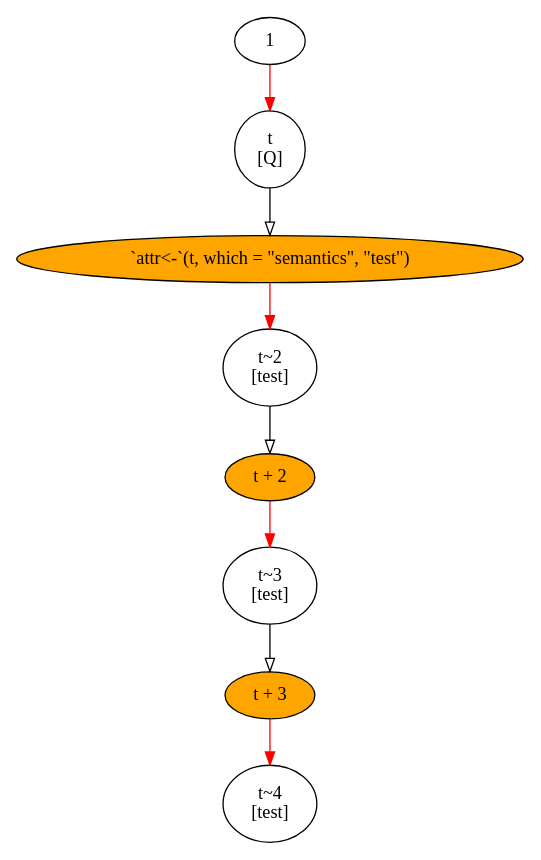
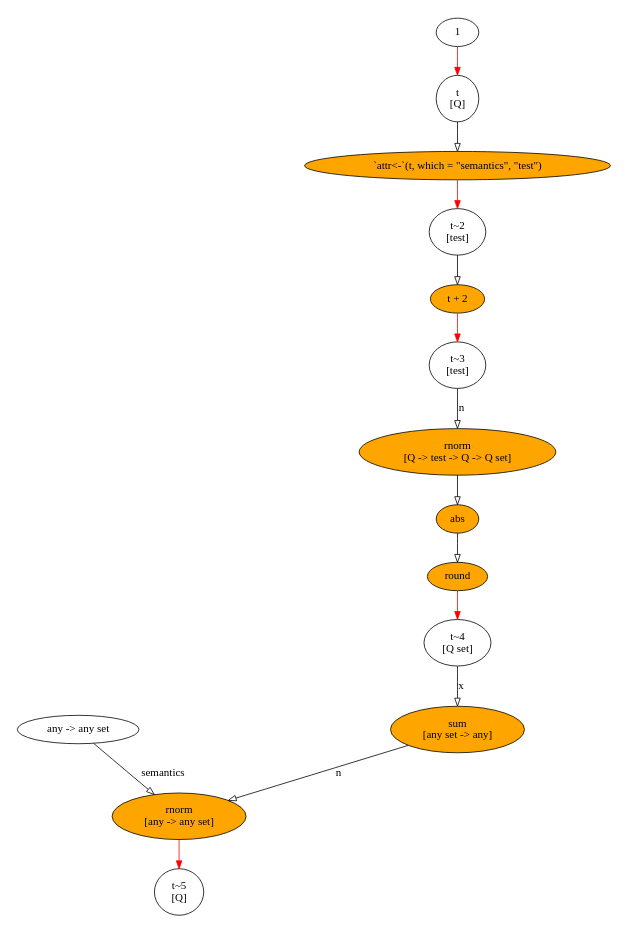
Before and after one commit to MatthiasHinz/AlgebR: the diagram in output/miniexample.dot, drawn with Graphviz. The commit also changed 5 other files, not shown here.

```diff
--- a/output/miniexample.dot
+++ b/output/miniexample.dot
@@ -1,21 +1,33 @@
 digraph f {
-	graph [bgcolor=transparent, fontcolor=black, ratio=fill, splines=TRUE, rank=same, size="7.58333333333333,5.17708333333333", rankdir=TB];
+	graph [bgcolor=transparent, fontcolor=black, ratio=fill, splines=TRUE, rank=same, size="5.83333333333333,5.52083333333333", rankdir=TB];
 	node [label="\N", shape=ellipse, fixedsize=FALSE, fillcolor=white, style=filled, color=black, fontcolor=black, fontsize=14, height="0.5", width="0.75"];
 	edge [headport=center, style=solid, arrowhead=normal, color=black, dir=none, weight="1.0", fontcolor=black, arrowtail=none, fontsize=14, labelfontsize=11, arrowsize=1, minlen=1];
-	graph [bb="0,0,930.98,636"];
-	t [label="t \n[Q]", height="0.8171", pos="465.49,534"];
-	lt_rNxDDq [label=1, pos="465.49,618"];
-	"t~2" [label="t~2 \n[test]", height="0.8171", width="0.87016", pos="465.49,366"];
-	fcall_LJe4bf [label="`attr<-`(t, which = \"semantics\", \"test\")", fillcolor=orange, width="4.4012", pos="465.49,450"];
-	"t~3" [label="t~3 \n[test]", height="0.8171", width="0.87016", pos="465.49,198"];
-	fcall_TQnWHx [label="t + 2", fillcolor=orange, width="0.7892", pos="465.49,282"];
-	"t~4" [label="t~4 \n[test]", height="0.8171", width="0.87016", pos="465.49,30"];
-	fcall_2DBbb5 [label="t + 3", fillcolor=orange, width="0.7892", pos="465.49,114"];
-	t -> fcall_LJe4bf:center [arrowhead=onormal, dir=forward, weight=1, pos="e,465.49,468.31 465.49,504.32 465.49,495.88 465.49,486.67 465.49,478.31"];
-	lt_rNxDDq -> t:center [color=red, dir=forward, weight=1, pos="e,465.49,563.66 465.49,599.61 465.49,592.03 465.49,582.81 465.49,573.74"];
-	"t~2" -> fcall_TQnWHx:center [arrowhead=onormal, dir=forward, weight=1, pos="e,465.49,300.31 465.49,336.32 465.49,327.88 465.49,318.67 465.49,310.31"];
-	fcall_LJe4bf -> "t~2":center [color=red, dir=forward, weight=1, pos="e,465.49,395.66 465.49,431.61 465.49,424.03 465.49,414.81 465.49,405.74"];
-	"t~3" -> fcall_2DBbb5:center [arrowhead=onormal, dir=forward, weight=1, pos="e,465.49,132.31 465.49,168.32 465.49,159.88 465.49,150.67 465.49,142.31"];
-	fcall_TQnWHx -> "t~3":center [color=red, dir=forward, weight=1, pos="e,465.49,227.66 465.49,263.61 465.49,256.03 465.49,246.81 465.49,237.74"];
-	fcall_2DBbb5 -> "t~4":center [color=red, dir=forward, weight=1, pos="e,465.49,59.658 465.49,95.61 465.49,88.027 465.49,78.809 465.49,69.74"];
+	graph [bb="0,0,1231.4,1164"];
+	t [label="t \n[Q]", height="0.8171", pos="719.64,1060"];
+	lt_1ZXul6 [label=1, pos="719.64,1146"];
+	"t~2" [label="t~2 \n[test]", height="0.8171", width="0.87016", pos="719.64,888"];
+	fcall_od5Qph [label="`attr<-`(t, which = \"semantics\", \"test\")", fillcolor=orange, width="4.4012", pos="719.64,974"];
+	"t~3" [label="t~3 \n[test]", height="0.8171", width="0.87016", pos="719.64,716"];
+	fcall_wN44rE [label="t + 2", fillcolor=orange, width="0.7892", pos="719.64,802"];
+	"t~4" [label="t~4 \n[Q set]", height="0.8171", width="1.0628", pos="719.64,356"];
+	fcall_HLfrN1 [label=round, fillcolor=orange, width="0.92452", pos="719.64,442"];
+	fcall_HSYrID [label=abs, fillcolor=orange, pos="719.64,516"];
+	fcall_iPirFU [label="rnorm\n[Q -> test -> Q -> Q set]", fillcolor=orange, height="0.8171", width="3.0006", pos="719.64,602"];
+	"t~5" [label="t~5 \n[Q]", height="0.8171", pos="398.64,30"];
+	fcall_UVbvIw [label="rnorm\n[any -> any set]", fillcolor=orange, height="0.8171", width="2.0388", pos="398.64,128"];
+	fcall_CBXoje [label="sum\n[any set -> any]", fillcolor=orange, height="0.8171", width="2.0388", pos="719.64,242"];
+	lt_bHUhio [label="any -> any set", width="1.8132", pos="210.64,242"];
+	t -> fcall_od5Qph:center [arrowhead=onormal, dir=forward, weight=1, pos="e,719.64,992.14 719.64,1030.6 719.64,1021.4 719.64,1011.3 719.64,1002.2"];
+	lt_1ZXul6 -> t:center [color=red, dir=forward, weight=1, pos="e,719.64,1089.6 719.64,1127.6 719.64,1119.5 719.64,1109.4 719.64,1099.6"];
+	"t~2" -> fcall_wN44rE:center [arrowhead=onormal, dir=forward, weight=1, pos="e,719.64,820.14 719.64,858.56 719.64,849.39 719.64,839.26 719.64,830.18"];
+	fcall_od5Qph -> "t~2":center [color=red, dir=forward, weight=1, pos="e,719.64,917.63 719.64,955.6 719.64,947.46 719.64,937.43 719.64,927.65"];
+	"t~3" -> fcall_iPirFU:center [arrowhead=onormal, dir=forward, weight=1, label=n, pos="e,719.64,631.5 719.64,686.45 719.64,672.89 719.64,656.48 719.64,641.81", lp="723.14,659"];
+	fcall_wN44rE -> "t~3":center [color=red, dir=forward, weight=1, pos="e,719.64,745.63 719.64,783.6 719.64,775.46 719.64,765.43 719.64,755.65"];
+	"t~4" -> fcall_CBXoje:center [arrowhead=onormal, dir=forward, weight=1, label=x, pos="e,719.64,271.5 719.64,326.45 719.64,312.89 719.64,296.48 719.64,281.81", lp="723.14,299"];
+	fcall_HLfrN1 -> "t~4":center [color=red, dir=forward, weight=1, pos="e,719.64,385.63 719.64,423.6 719.64,415.46 719.64,405.43 719.64,395.65"];
+	fcall_HSYrID -> fcall_HLfrN1:center [arrowhead=onormal, dir=forward, weight=1, pos="e,719.64,460.44 719.64,497.94 719.64,489.81 719.64,479.88 719.64,470.7"];
+	fcall_iPirFU -> fcall_HSYrID:center [arrowhead=onormal, dir=forward, weight=1, pos="e,719.64,534.14 719.64,572.56 719.64,563.39 719.64,553.26 719.64,544.18"];
+	fcall_UVbvIw -> "t~5":center [color=red, dir=forward, weight=1, pos="e,398.64,59.599 398.64,98.457 398.64,89.446 398.64,79.334 398.64,69.736"];
+	fcall_CBXoje -> fcall_UVbvIw:center [arrowhead=onormal, dir=forward, weight=1, label=n, pos="e,452.82,147.91 665.19,222 609.1,202.43 521.75,171.95 462.46,151.27", lp="581.14,185"];
+	lt_bHUhio -> fcall_UVbvIw:center [arrowhead=onormal, dir=forward, weight=1, label=semantics, pos="e,358.6,152.85 236.78,225.43 265.89,208.08 313.6,179.66 349.7,158.16", lp="343.24,185"];
 }
```
